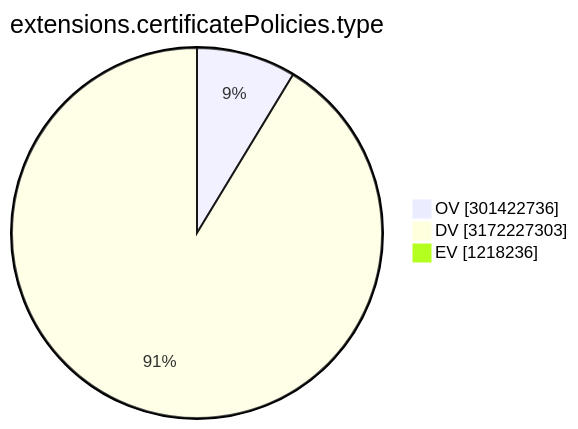
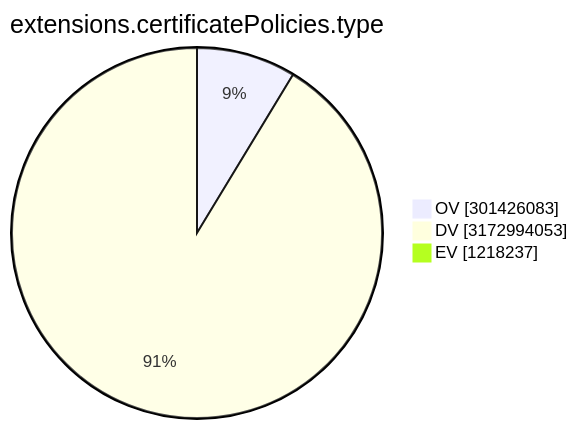
One commit to christiankrug/ctmonitor_visualization changed the ninth of 15 diagrams in TOTAL/README.md. Above: the diagram before and after it, drawn with Mermaid. The commit also changed other lines of this file, not shown here.

````diff
--- a/TOTAL/README.md
+++ b/TOTAL/README.md
@@ -3105,7 +3105,7 @@
 ```mermaid
 pie showData
 title extensions.certificatePolicies.type
-"OV" :301422736
-"DV" :3172227303
-"EV" :1218236
+"OV" :301426083
+"DV" :3172994053
+"EV" :1218237
 ```
````
